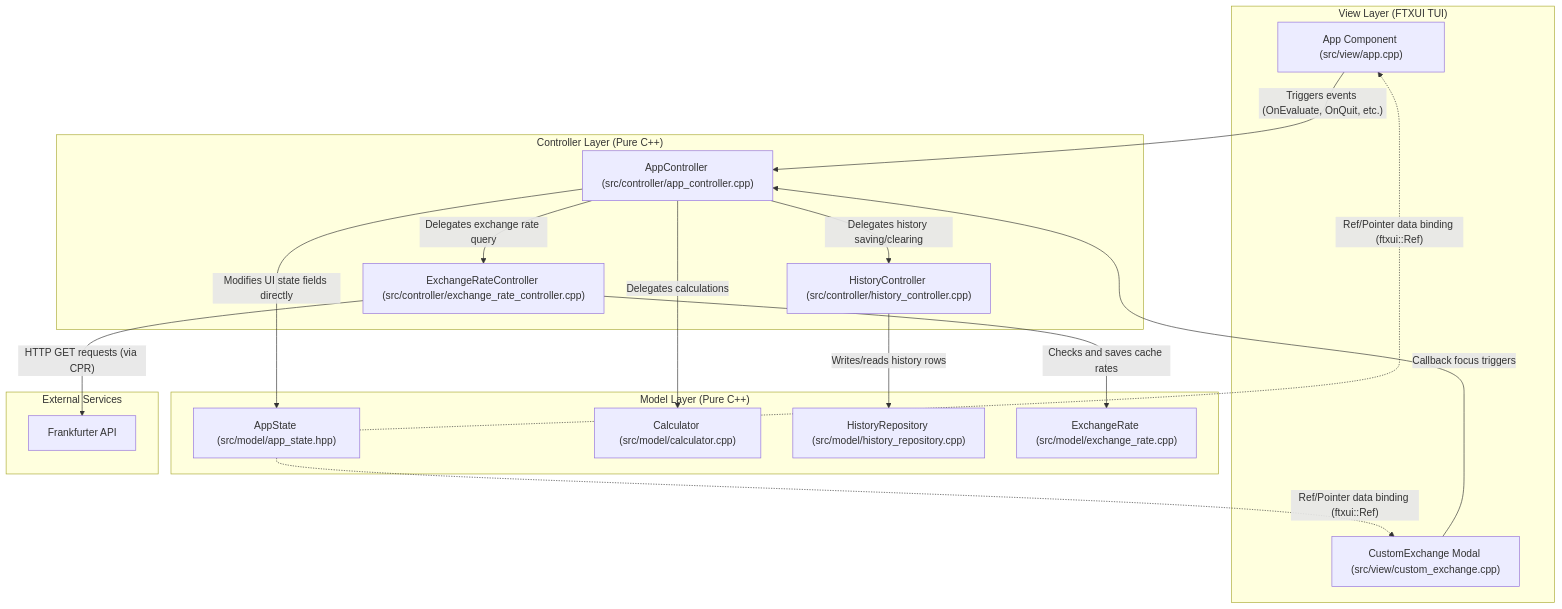
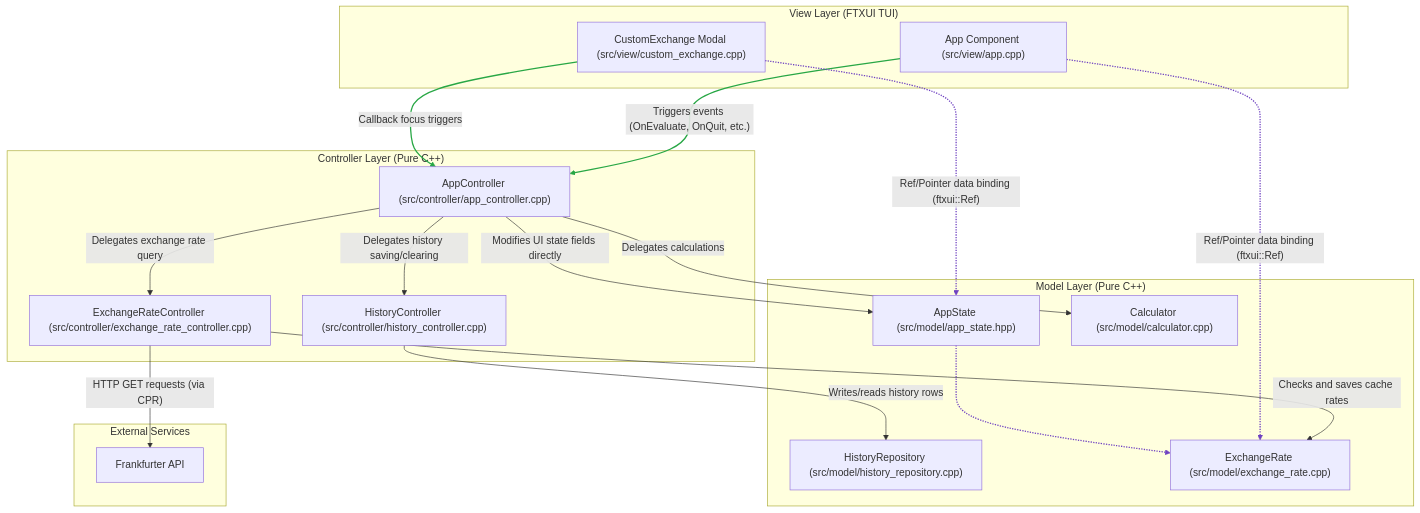
Before and after one commit to MallocNexus/calc_cli: the first of 6 diagrams in docs/separation-of-concerns.md, drawn with Mermaid. The commit also changed other lines of this file, not shown here.

Commit message:
Refactor interaction diagrams for clarity: update data binding styles and add sub-controller flow details

````diff
--- a/docs/separation-of-concerns.md
+++ b/docs/separation-of-concerns.md
@@ -11,47 +11,47 @@
 ```mermaid
 graph TD
     %% Layers Definition
     subgraph View ["View Layer (FTXUI TUI)"]
         App["App Component (src/view/app.cpp)"]
         CustomExchange["CustomExchange Modal (src/view/custom_exchange.cpp)"]
     end
 
     subgraph Controller ["Controller Layer (Pure C++)"]
         AppCtrl["AppController (src/controller/app_controller.cpp)"]
         HistCtrl["HistoryController (src/controller/history_controller.cpp)"]
         ExchCtrl["ExchangeRateController (src/controller/exchange_rate_controller.cpp)"]
     end
 
     subgraph Model ["Model Layer (Pure C++)"]
         State["AppState (src/model/app_state.hpp)"]
         Calc["Calculator (src/model/calculator.cpp)"]
         HistRepo["HistoryRepository (src/model/history_repository.cpp)"]
         ExchRepo["ExchangeRate (src/model/exchange_rate.cpp)"]
     end
 
     subgraph External ["External Services"]
         Frankfurter["Frankfurter API"]
     end
 
     %% Interactions
-    %% View to Controller
     App -->|"Triggers events (OnEvaluate, OnQuit, etc.)"| AppCtrl
     CustomExchange -->|"Callback focus triggers"| AppCtrl
-
-    %% Main Controller Delegation
     AppCtrl -->|"Modifies UI state fields directly"| State
     AppCtrl -->|"Delegates calculations"| Calc
     AppCtrl -->|"Delegates history saving/clearing"| HistCtrl
     AppCtrl -->|"Delegates exchange rate query"| ExchCtrl
-
-    %% Sub-Controllers to Models
     HistCtrl -->|"Writes/reads history rows"| HistRepo
     ExchCtrl -->|"Checks and saves cache rates"| ExchRepo
+    ExchCtrl -->|"HTTP GET requests (via CPR)"| Frankfurter
+    
+    %% Data Binding (Reversed to match strict UML dependency direction)
+    App -.->|"Ref/Pointer data binding (ftxui::Ref)"| ExchRepo
+    CustomExchange -.->|"Ref/Pointer data binding (ftxui::Ref)"| State
+    State -.-> ExchRepo
 
-    %% Sub-Controllers to External
-    ExchCtrl -->|"HTTP GET requests (via CPR)"| Frankfurter
+    %% Style Event Arrows Green
+    linkStyle 0,1 stroke:#28a745,stroke-width:2px;
 
-    %% Reactive Data Binding (Model State to View)
-    State -.->|"Ref/Pointer data binding (ftxui::Ref)"| App
-    State -.->|"Ref/Pointer data binding (ftxui::Ref)"| CustomExchange
+    %% Style Data Binding Arrows Purple
+    linkStyle 9,10,11 stroke:#6f42c1,stroke-width:2px;
 ```
````
